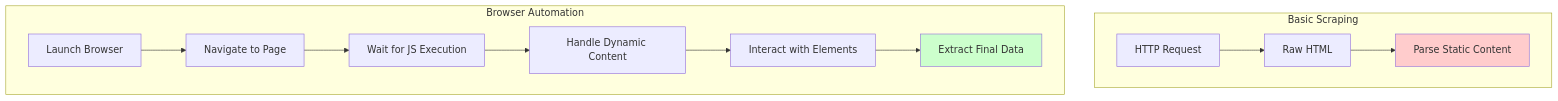
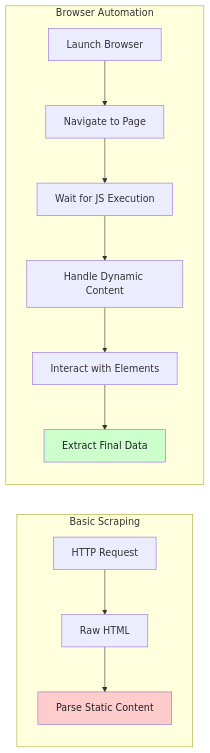
Before and after one commit to bytetunnels/bytetunnels.github.com: the second of 3 diagrams in _posts/2025-04-26-beyond-basic-requests-when-scraper-needs-browser.md, drawn with Mermaid. The commit also changed other lines of this file and 118 other files, not shown here.

Commit message:
feat: improve diagram styling and compact wide flowcharts

````diff
--- a/_posts/2025-04-26-beyond-basic-requests-when-scraper-needs-browser.md
+++ b/_posts/2025-04-26-beyond-basic-requests-when-scraper-needs-browser.md
@@ -74,27 +74,27 @@
 ```mermaid
-flowchart TD
+flowchart LR
     subgraph BS["Basic Scraping"]
         A1[HTTP Request]
         A2[Raw HTML]
         A3[Parse Static Content]
         A1 --> A2
         A2 --> A3
     end
 
     subgraph BA["Browser Automation"]
         B1[Launch Browser]
         B2[Navigate to Page]
         B3[Wait for JS Execution]
         B4[Handle Dynamic Content]
         B5[Interact with Elements]
         B6[Extract Final Data]
         B1 --> B2
         B2 --> B3
         B3 --> B4
         B4 --> B5
         B5 --> B6
     end
 
-    style A3 fill:#ffcccc
-    style B6 fill:#ccffcc
+    style A3 fill:#ffcccc,color:#1f2328
+    style B6 fill:#ccffcc,color:#1f2328
 ```
````
